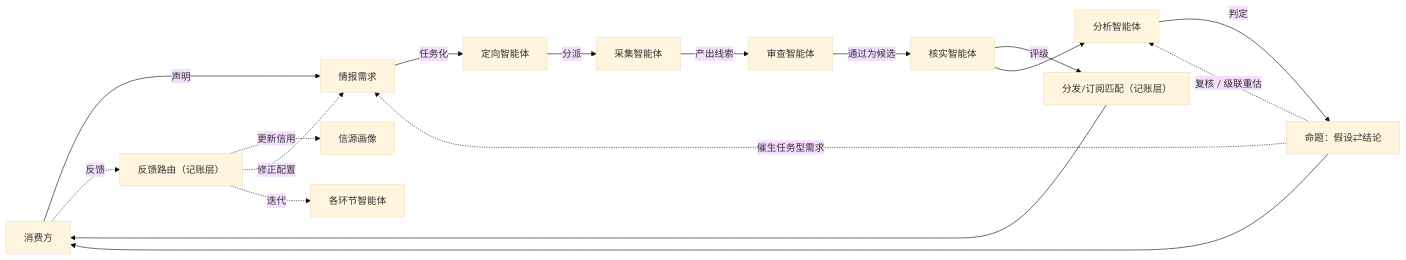
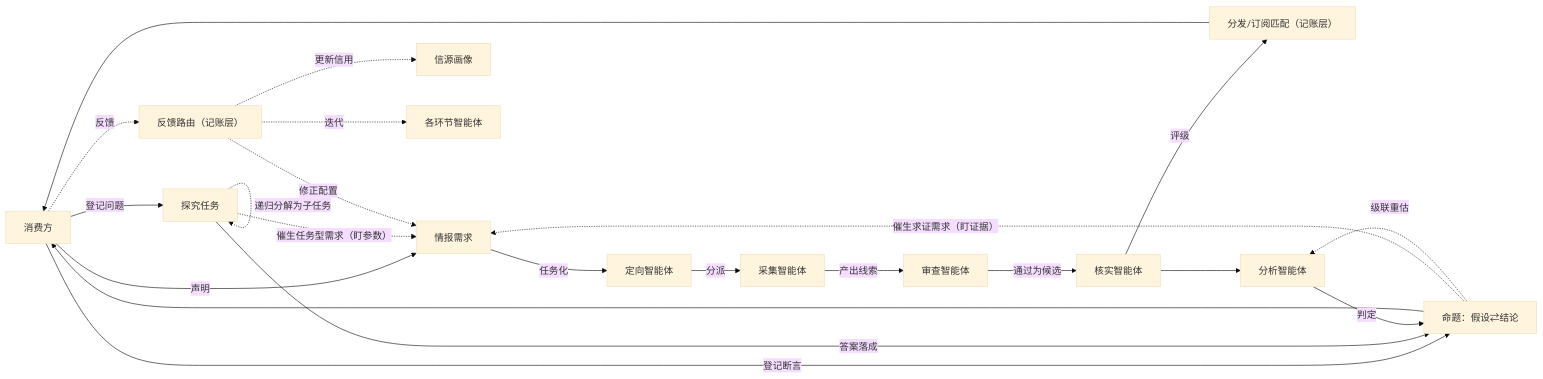
Before and after one commit to leoricmaster/iih: the first of 6 diagrams in backlog/docs/doc-02 - 领域模型-Domain-Model.md, drawn with Mermaid (base theme). The commit also changed other lines of this file and 8 other files, not shown here.

````diff
--- a/backlog/docs/doc-02 - 领域模型-Domain-Model.md
+++ b/backlog/docs/doc-02 - 领域模型-Domain-Model.md
@@ -20,19 +20,24 @@
 ```mermaid
 flowchart LR
     C[消费方] -->|声明| R[情报需求]
+    C -->|登记问题| QT[探究任务]
+    C -->|登记断言| CL[命题：假设⇄结论]
+    QT -->|答案落成| CL
     R -->|任务化| D[定向智能体]
     D -->|分派| CO[采集智能体]
     CO -->|产出线索| RV[审查智能体]
     RV -->|通过为候选| VF[核实智能体]
     VF -->|评级| DS[分发/订阅匹配（记账层）]
     DS --> C
     VF --> AN[分析智能体]
-    AN -->|判定| CL[命题：假设⇄结论]
+    AN -->|判定| CL
     CL --> C
-    CL -.->|催生任务型需求| R
-    CL -.->|复核 / 级联重估| AN
+    QT -.->|催生任务型需求（盯参数）| R
+    CL -.->|催生求证需求（盯证据）| R
+    CL -.->|级联重估| AN
+    QT -.->|递归分解为子任务| QT
     C -.->|反馈| FB[反馈路由（记账层）]
     FB -.->|更新信用| SP[信源画像]
     FB -.->|修正配置| R
     FB -.->|迭代| AG[各环节智能体]
 ```
````
